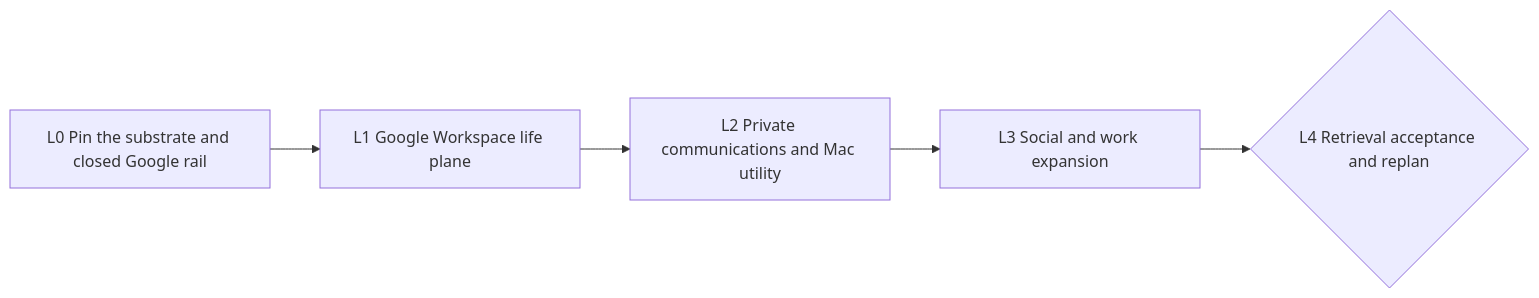
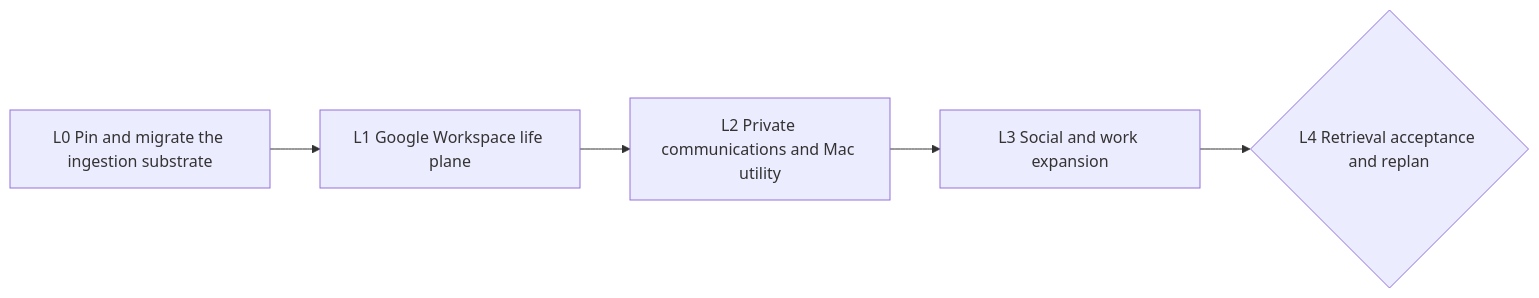
Before and after one commit to miguelrios/unc-skills: the diagram in docs/LOOP_CHAIN_RECALL_UNIVERSAL_INGESTION_2026-07-16.md, drawn with Mermaid. The commit also changed other lines of this file and 1 other file, not shown here.

````diff
--- a/docs/LOOP_CHAIN_RECALL_UNIVERSAL_INGESTION_2026-07-16.md
+++ b/docs/LOOP_CHAIN_RECALL_UNIVERSAL_INGESTION_2026-07-16.md
@@ -40,9 +42,9 @@
 ```mermaid
 flowchart LR
-    L0[L0 Pin the substrate and closed Google rail]
+    L0[L0 Pin and migrate the ingestion substrate]
     L1[L1 Google Workspace life plane]
     L2[L2 Private communications and Mac utility]
     L3[L3 Social and work expansion]
     L4{L4 Retrieval acceptance and replan}
     L0 --> L1 --> L2 --> L3 --> L4
 ```
````
